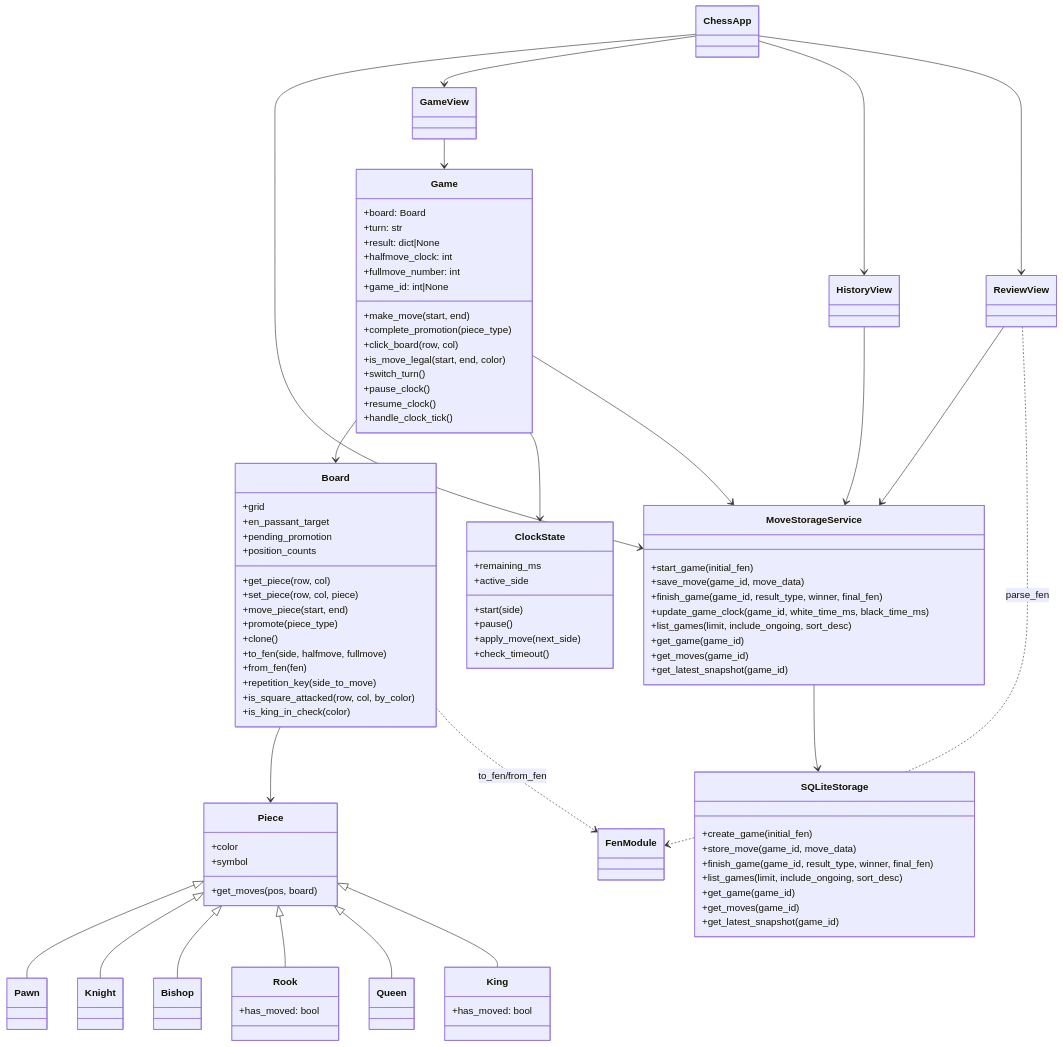
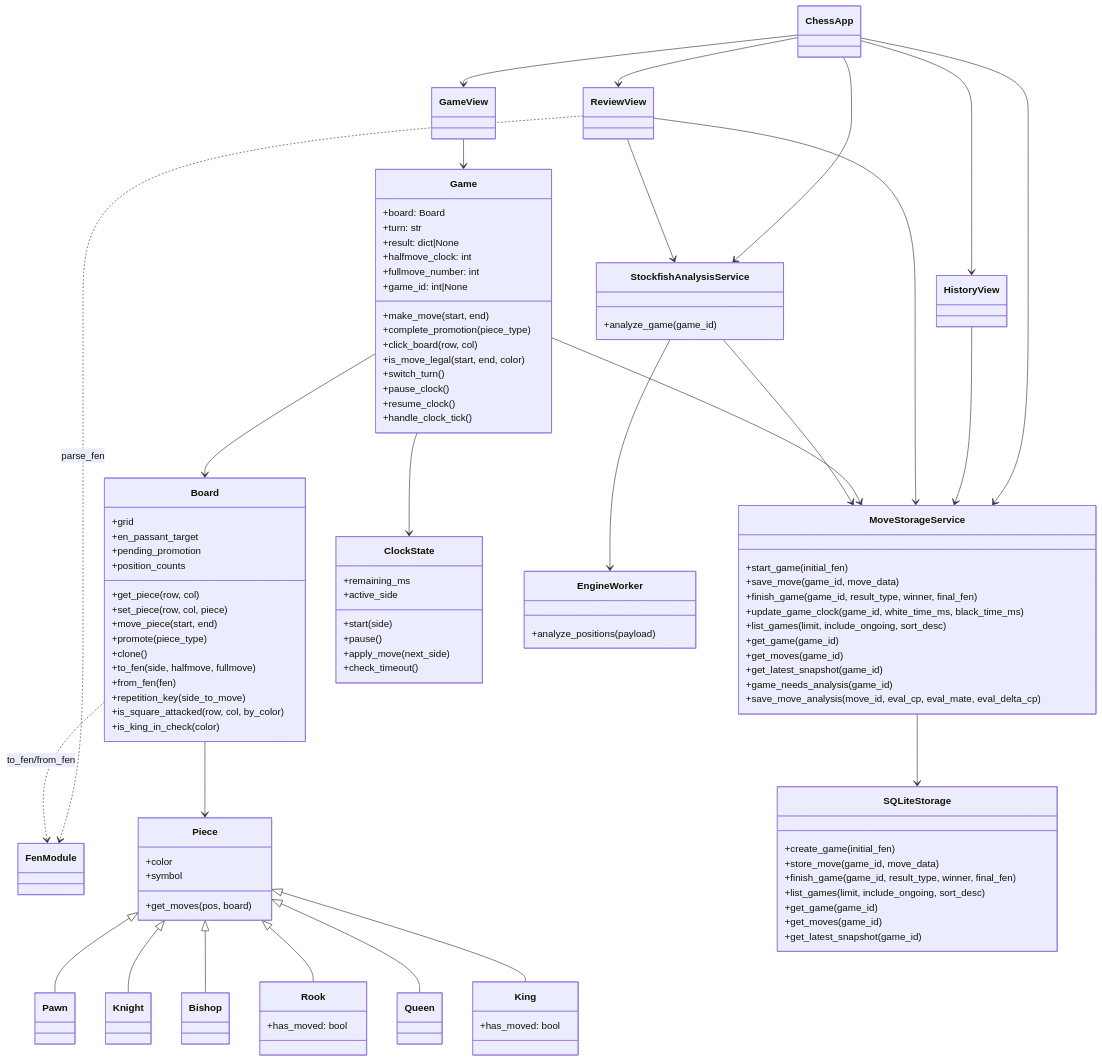
The first of 5 diagrams in documentation/architecture.md (aapokoiv/ot-harjoitustyo), drawn with Mermaid before and after one commit. The commit also changed other lines of this file and 39 other files, not shown here.

Commit message:
Engine analysis, bug fixes and quality improvements

````diff
--- a/documentation/architecture.md
+++ b/documentation/architecture.md
@@ -52,17 +54,21 @@
 ```mermaid
 classDiagram
   ChessApp --> MoveStorageService
+  ChessApp --> StockfishAnalysisService
   ChessApp --> GameView
   ChessApp --> HistoryView
   ChessApp --> ReviewView
   GameView --> Game
   HistoryView --> MoveStorageService
   ReviewView --> MoveStorageService
+  ReviewView --> StockfishAnalysisService
   ReviewView ..> FenModule : parse_fen
 
   Game --> Board
   Game --> ClockState
   Game --> MoveStorageService
+  StockfishAnalysisService --> MoveStorageService
+  StockfishAnalysisService --> EngineWorker
   Board --> Piece
   Board ..> FenModule : to_fen/from_fen
   MoveStorageService --> SQLiteStorage
@@ -119,6 +125,16 @@
     +get_game(game_id)
     +get_moves(game_id)
     +get_latest_snapshot(game_id)
+    +game_needs_analysis(game_id)
+    +save_move_analysis(move_id, eval_cp, eval_mate, eval_delta_cp)
+  }
+
+  class StockfishAnalysisService {
+    +analyze_game(game_id)
+  }
+
+  class EngineWorker {
+    +analyze_positions(payload)
   }
 
   class SQLiteStorage {
````
